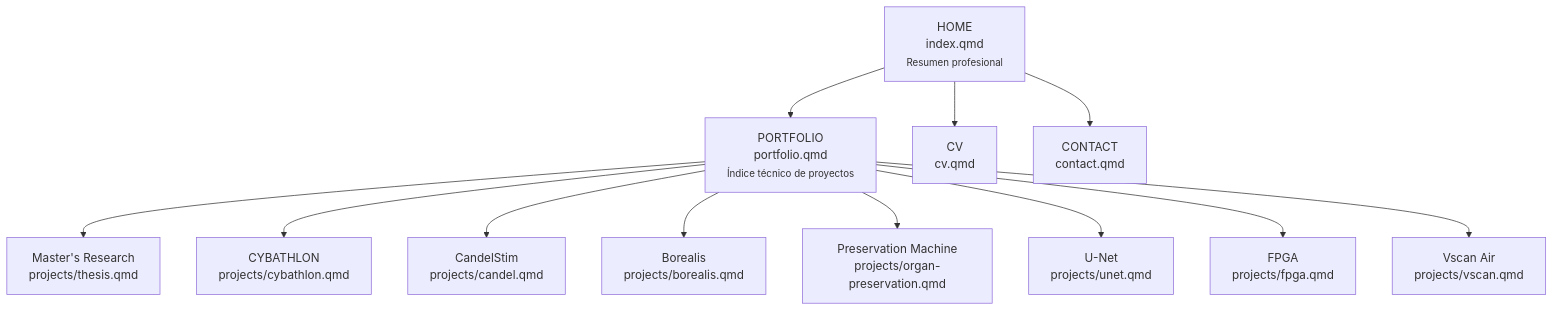
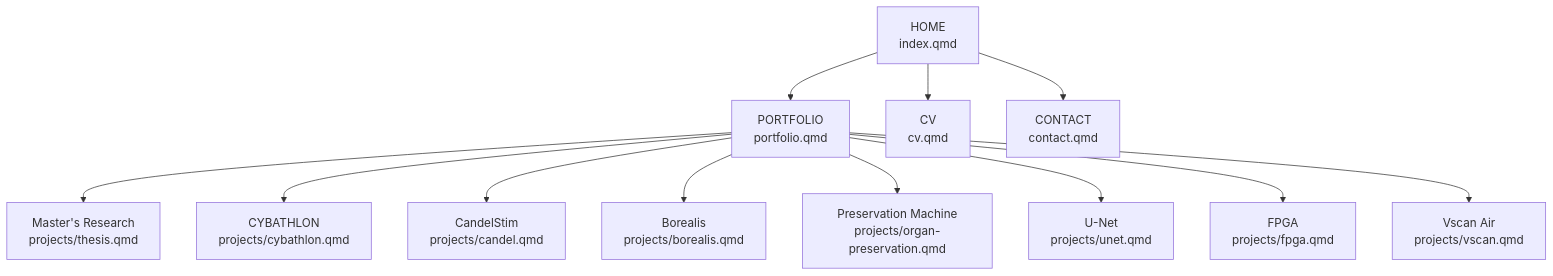
One commit to Eoweo/CarlosMoreno.github.io changed the diagram in SITE_STRUCTURE.md. Above: the diagram before and after it, drawn with Mermaid. The commit also changed other lines of this file and 7 other files, not shown here.

````diff
--- a/SITE_STRUCTURE.md
+++ b/SITE_STRUCTURE.md
@@ -11,20 +6,20 @@
 ```mermaid
 flowchart TD
-    HOME["HOME<br/>index.qmd<br/><small>Resumen profesional</small>"]
-    PORT["PORTFOLIO<br/>portfolio.qmd<br/><small>Índice técnico de proyectos</small>"]
+    HOME["HOME<br/>index.qmd"]
+    PORT["PORTFOLIO<br/>portfolio.qmd"]
     CV["CV<br/>cv.qmd"]
     CONTACT["CONTACT<br/>contact.qmd"]
 
     HOME --> PORT
     HOME --> CV
     HOME --> CONTACT
 
     PORT --> THESIS["Master's Research<br/>projects/thesis.qmd"]
     PORT --> CYB["CYBATHLON<br/>projects/cybathlon.qmd"]
     PORT --> CANDEL["CandelStim<br/>projects/candel.qmd"]
     PORT --> BOR["Borealis<br/>projects/borealis.qmd"]
     PORT --> PRES["Preservation Machine<br/>projects/organ-preservation.qmd"]
     PORT --> UNET["U-Net<br/>projects/unet.qmd"]
     PORT --> FPGA["FPGA<br/>projects/fpga.qmd"]
     PORT --> VSCAN["Vscan Air<br/>projects/vscan.qmd"]
 ```
````
